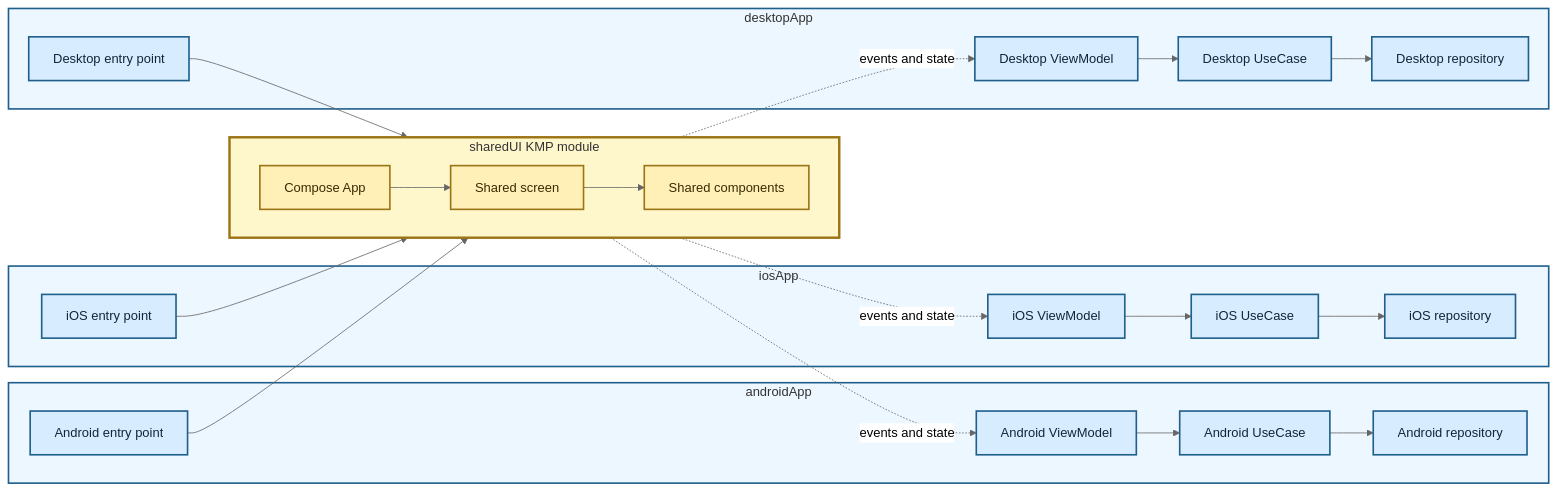
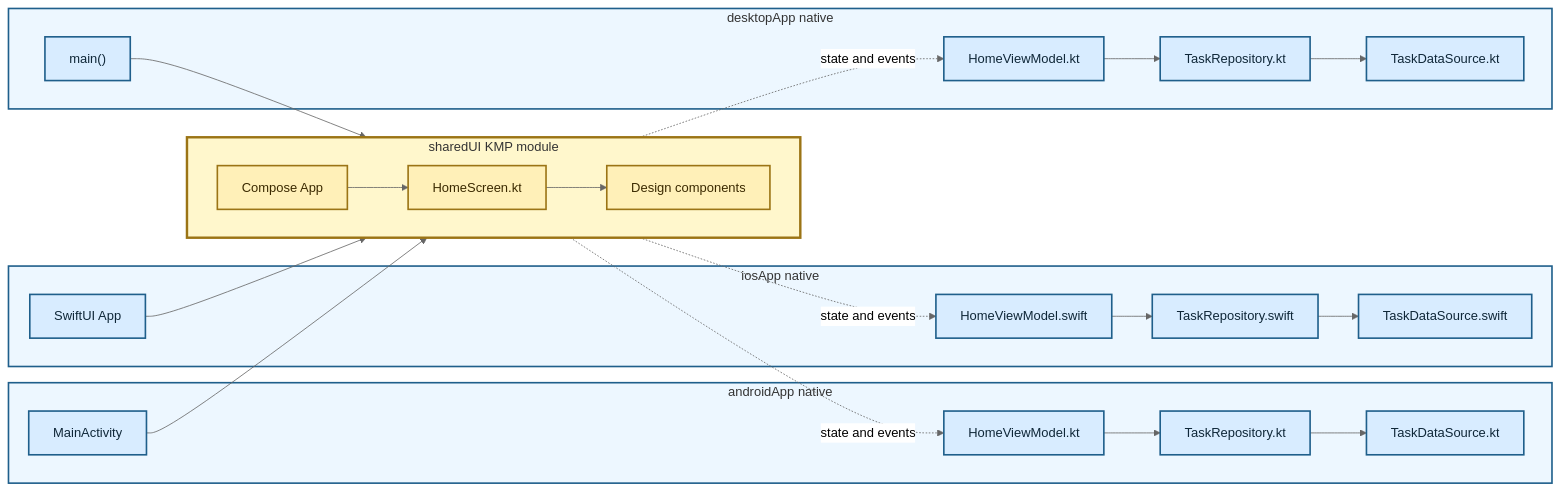
The diagram in diagrams/07-kmp-ui-layer.md (TheSetox/kmp-sample-diagrams), drawn with Mermaid (neutral theme) before and after one commit. The commit also changed other lines of this file and 28 other files, not shown here.

Commit message:
docs: reassess diagram layer boundaries

````diff
--- a/diagrams/07-kmp-ui-layer.md
+++ b/diagrams/07-kmp-ui-layer.md
@@ -5,50 +5,50 @@
 ```mermaid
 flowchart LR
-  subgraph Android["androidApp"]
-    AHost["Android entry point"]
-    AVM["Android ViewModel"]
-    AUseCase["Android UseCase"]
-    ARepository["Android repository"]
-    AVM --> AUseCase --> ARepository
+  subgraph Android["androidApp native"]
+    AHost["MainActivity"]
+    AVM["HomeViewModel.kt"]
+    ARepository["TaskRepository.kt"]
+    ADataSource["TaskDataSource.kt"]
+    AVM --> ARepository --> ADataSource
   end
 
-  subgraph IOS["iosApp"]
-    IHost["iOS entry point"]
-    IVM["iOS ViewModel"]
-    IUseCase["iOS UseCase"]
-    IRepository["iOS repository"]
-    IVM --> IUseCase --> IRepository
+  subgraph IOS["iosApp native"]
+    IHost["SwiftUI App"]
+    IVM["HomeViewModel.swift"]
+    IRepository["TaskRepository.swift"]
+    IDataSource["TaskDataSource.swift"]
+    IVM --> IRepository --> IDataSource
   end
 
-  subgraph Desktop["desktopApp"]
-    DHost["Desktop entry point"]
-    DVM["Desktop ViewModel"]
-    DUseCase["Desktop UseCase"]
-    DRepository["Desktop repository"]
-    DVM --> DUseCase --> DRepository
+  subgraph Desktop["desktopApp native"]
+    DHost["main()"]
+    DVM["HomeViewModel.kt"]
+    DRepository["TaskRepository.kt"]
+    DDataSource["TaskDataSource.kt"]
+    DVM --> DRepository --> DDataSource
   end
 
   subgraph KMP["sharedUI KMP module"]
     direction LR
     App["Compose App"]
-    Screen["Shared screen"]
-    Components["Shared components"]
+    Screen["HomeScreen.kt"]
+    Components["Design components"]
     App --> Screen --> Components
   end
 
   AHost --> App
   IHost --> App
   DHost --> App
-  Screen -. "events and state" .-> AVM
-  Screen -. "events and state" .-> IVM
-  Screen -. "events and state" .-> DVM
+  Screen -. "state and events" .-> AVM
+  Screen -. "state and events" .-> IVM
+  Screen -. "state and events" .-> DVM
 
   classDef app fill:#d8ecff,stroke:#1f5f8b,color:#0f2738,stroke-width:2px;
   classDef kmp fill:#fff0b8,stroke:#9b7415,color:#3b2a00,stroke-width:2px;
-  class AHost,AVM,AUseCase,ARepository,IHost,IVM,IUseCase,IRepository,DHost,DVM,DUseCase,DRepository app;
+  class AHost,AVM,ARepository,ADataSource,IHost,IVM,IRepository,IDataSource,DHost,DVM,DRepository,DDataSource app;
   class App,Screen,Components kmp;
   style Android fill:#edf7ff,stroke:#1f5f8b,stroke-width:2px
   style IOS fill:#edf7ff,stroke:#1f5f8b,stroke-width:2px
   style Desktop fill:#edf7ff,stroke:#1f5f8b,stroke-width:2px
   style KMP fill:#fff7cc,stroke:#9b7415,stroke-width:3px
 ```
````
